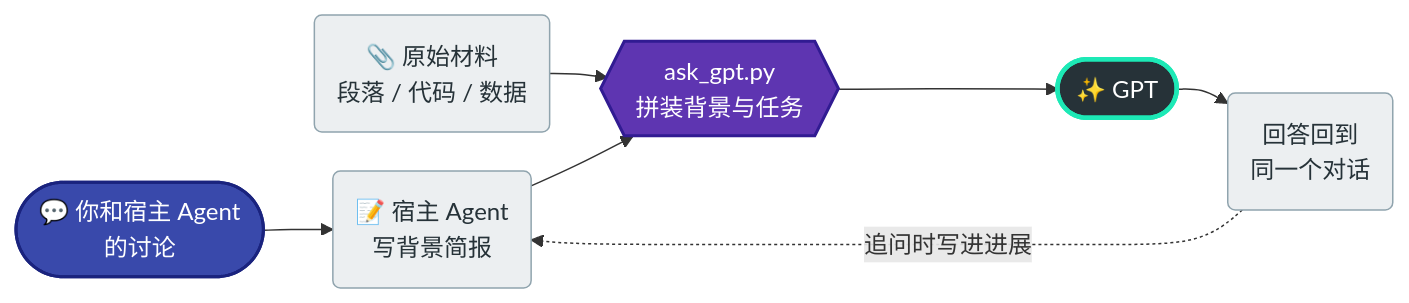
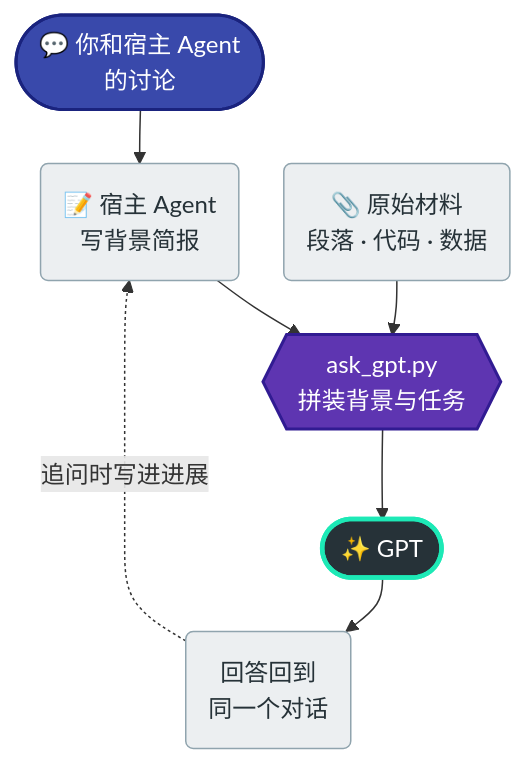
One commit to Stefansong/ask-gpt changed the second of 4 diagrams in README.md. Above: the diagram before and after it, drawn with Mermaid.

Commit message:
docs: 背景简报流程图改为上下布局
左右布局在 README 宽度下被压缩，文字过小，末尾节点被 GitHub 的缩放按钮遮挡。

````diff
--- a/README.md
+++ b/README.md
@@ -102,19 +102,20 @@
 ```mermaid
-%%{init: {"flowchart": {"nodeSpacing": 26, "rankSpacing": 34}}}%%
-flowchart LR
+%%{init: {"flowchart": {"nodeSpacing": 30, "rankSpacing": 36}}}%%
+flowchart TB
     C(["💬 你和宿主 Agent<br/>的讨论"]) --> B("📝 宿主 Agent<br/>写背景简报")
-    F("📎 原始材料<br/>段落 / 代码 / 数据") --> P
+    F("📎 原始材料<br/>段落 · 代码 · 数据")
     B --> P{{"ask_gpt.py<br/>拼装背景与任务"}}
+    F --> P
     P --> G(["✨ GPT"])
     G --> R("回答回到<br/>同一个对话")
     R -.->|追问时写进进展| B
 
     classDef conv fill:#3949ab,stroke:#1a237e,color:#fff,stroke-width:2px
     classDef step fill:#eceff1,stroke:#90a4ae,color:#263238
     classDef tool fill:#5e35b1,stroke:#311b92,color:#fff,stroke-width:2px
     classDef gpt  fill:#263238,stroke:#1de9b6,color:#fff,stroke-width:3px
     class C conv
     class B,F,R step
     class P tool
     class G gpt
 ```
````
